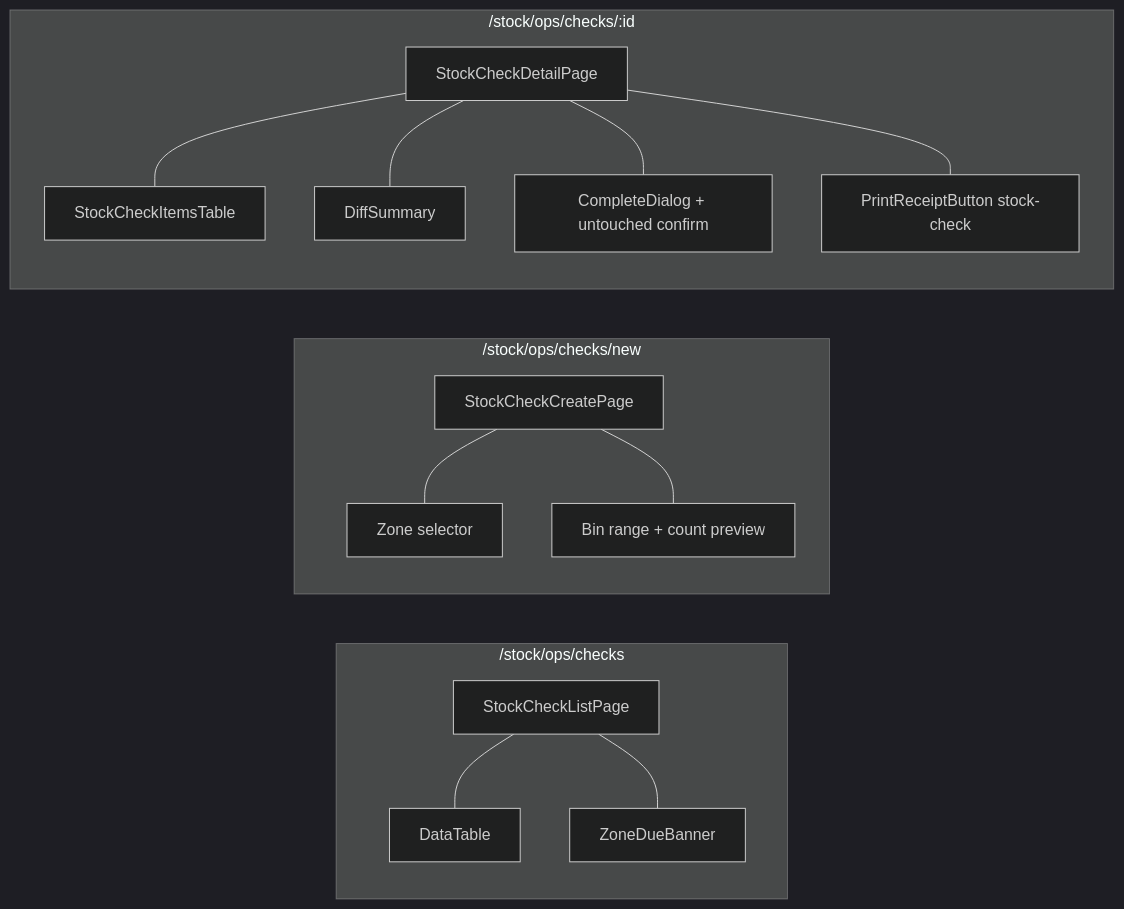
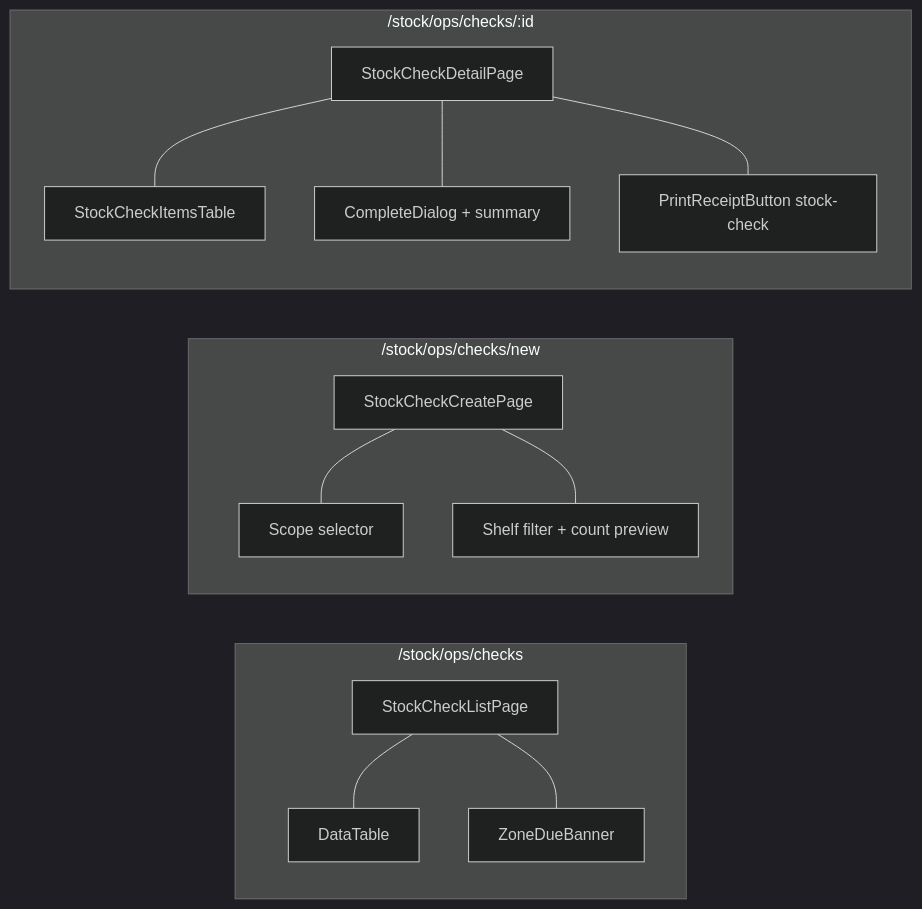
One commit to Java-Inventory-Management-System/Projects changed the second of 2 diagrams in docs/flows/stock-check-flow.md. Above: the diagram before and after it, drawn with Mermaid (dark theme). The commit also changed other lines of this file and 33 other files, not shown here.

Commit message:
feat(stock-check): rework detail page - expected/actual compare + fix v2 integration tests

````diff
--- a/docs/flows/stock-check-flow.md
+++ b/docs/flows/stock-check-flow.md
@@ -96,17 +110,16 @@
 ```mermaid
 flowchart LR
     subgraph "/stock/ops/checks"
         CL[StockCheckListPage] --- DT[DataTable]
         CL --- ZB[ZoneDueBanner]
     end
     subgraph "/stock/ops/checks/new"
-        CC[StockCheckCreatePage] --- ZONE[Zone selector]
-        CC --- BIN[Bin range + count preview]
+        CC[StockCheckCreatePage] --- ZONE[Scope selector]
+        CC --- BIN[Shelf filter + count preview]
     end
     subgraph "/stock/ops/checks/:id"
         CD[StockCheckDetailPage] --- SCIT[StockCheckItemsTable]
-        CD --- SUM[DiffSummary]
-        CD --- COMP[CompleteDialog + untouched confirm]
+        CD --- COMP[CompleteDialog + summary]
         CD --- PRINT[PrintReceiptButton stock-check]
     end
 ```
````
